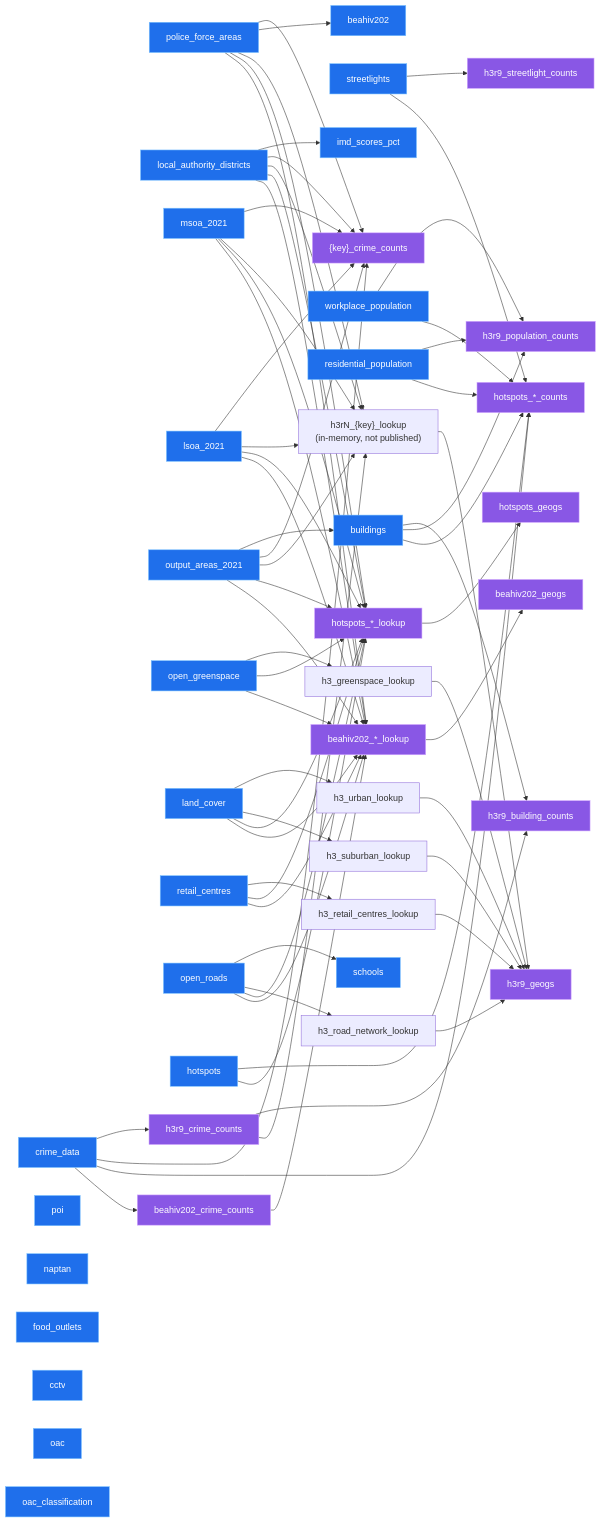
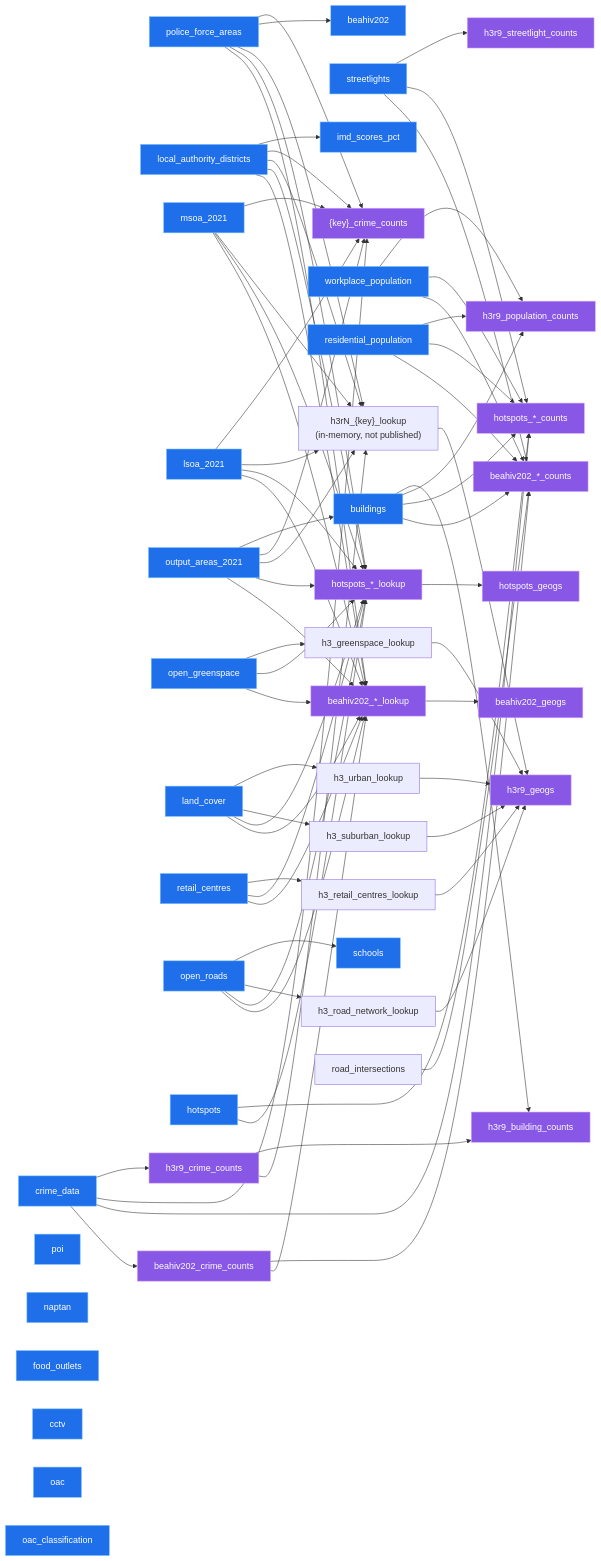
One commit to safer-streets/safer-streets-tooling changed the diagram in README.md. Above: the diagram before and after it, drawn with Mermaid. The commit also changed other lines of this file and 9 other files, not shown here.

````diff
--- a/README.md
+++ b/README.md
@@ -112,6 +116,7 @@
    hotspot_lookups["hotspots_*_lookup"]
    hotspots_geogs
    beahiv202_crime_counts
+   beahiv_counts_other["beahiv202_*_counts"]
    beahiv_lookups["beahiv202_*_lookup"]
    beahiv202_geogs
 
@@ -176,6 +181,12 @@
 
     %% transform edges: the same relations on the BEAHIV grid (its cells come from its own counts)
     crime_data --> beahiv202_crime_counts
+    beahiv202_crime_counts --> beahiv_counts_other
+    streetlights --> beahiv_counts_other
+    buildings --> beahiv_counts_other
+    workplace_population --> beahiv_counts_other
+    residential_population --> beahiv_counts_other
+    road_intersections --> beahiv_counts_other
     beahiv202_crime_counts --> beahiv_lookups
     police_force_areas --> beahiv_lookups
     local_authority_districts --> beahiv_lookups
@@ -192,5 +203,5 @@
     classDef extract fill:#1f6feb,stroke:#79c0ff,stroke-width:1px,color:#ffffff;
     classDef transform fill:#8957e5,stroke:#d2a8ff,stroke-width:1px,color:#ffffff;
     class crime_data,police_force_areas,local_authority_districts,msoa_2021,lsoa_2021,output_areas_2021,open_greenspace,land_cover,buildings,retail_centres,open_roads,poi,naptan,food_outlets,streetlights,cctv,schools,imd_scores_pct,oac,oac_classification,workplace_population,residential_population,beahiv202,hotspots extract;
-    class h3r9_crime_counts,geog_crime_counts,h3r9_streetlight_counts,h3r9_building_counts,h3r9_population_counts,h3r9_geogs,hotspot_counts,hotspot_lookups,hotspots_geogs,beahiv202_crime_counts,beahiv_lookups,beahiv202_geogs transform;
+    class h3r9_crime_counts,geog_crime_counts,beahiv_counts_other,h3r9_streetlight_counts,h3r9_building_counts,h3r9_population_counts,h3r9_geogs,hotspot_counts,hotspot_lookups,hotspots_geogs,beahiv202_crime_counts,beahiv_lookups,beahiv202_geogs transform;
 ```
````
